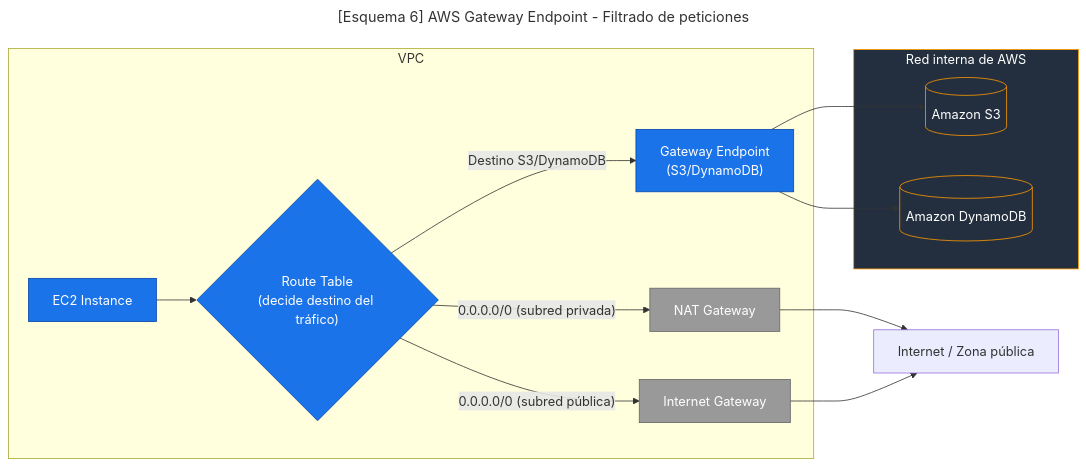
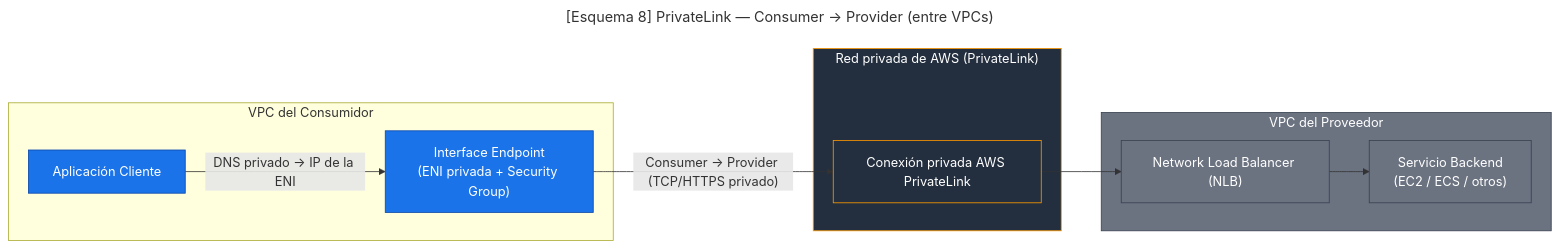
Before and after one commit to Marcos-SA-git/AWS-Certifications: the seventh of 7 diagrams in SAA-C03/es/3. VPC - Virtual Private Cloud.md, drawn with Mermaid. The commit also changed other lines of this file, not shown here.

Commit message:
Better structure for VPC Endpoints

````diff
--- a/SAA-C03/es/3. VPC - Virtual Private Cloud.md
+++ b/SAA-C03/es/3. VPC - Virtual Private Cloud.md
@@ -488,46 +568,40 @@
 ```mermaid
 ---
-title: "[Esquema 6] AWS Gateway Endpoint - Filtrado de peticiones"
+title: "[Esquema 8] PrivateLink — Consumer → Provider (entre VPCs)"
 ---
-
 flowchart LR
 
-    %% ===================== VPC =====================
-    subgraph VPC["VPC"]
-        EC2["EC2 Instance"]
-        RT{"Route Table<br/>(decide destino del tráfico)"}
-        GE["Gateway Endpoint<br/>(S3/DynamoDB)"]
-        NAT["NAT Gateway"]
-        IGW["Internet Gateway"]
-
-        EC2 --> RT
-        RT -->|"Destino S3/DynamoDB" | GE
+    %% =============== VPC del Consumidor ===============
+    subgraph Consumer["VPC del Consumidor"]
+        AppC["Aplicación Cliente"]
+        IE["Interface Endpoint<br/>(ENI privada + Security Group)"]
+        AppC -->|"DNS privado → IP de la ENI"| IE
     end
 
-    %% ======== Red interna de AWS =========
-    subgraph AWS_Network["Red interna de AWS"]
-        S3[(Amazon S3)]
-        DDB[(Amazon DynamoDB)]
-
-        GE --> S3
-        GE --> DDB
+    %% =============== Red interna de AWS ===============
+    subgraph AWS_Backbone["Red privada de AWS (PrivateLink)"]
+        Dummy[" "] 
+        style Dummy fill:none,stroke:none
+        PL["Conexión privada AWS PrivateLink"]
     end
 
-    %% ========== Internet ============
-    Internet["Internet / Zona pública"]
+    %% =============== VPC del Proveedor ================
+    subgraph Provider["VPC del Proveedor"]
+        NLB["Network Load Balancer (NLB)"]
+        SVC["Servicio Backend<br/>(EC2 / ECS / otros)"]
+        NLB --> SVC
+    end
 
-    %% ====== Derivaciones desde la Route Table =====
-    RT -->|"0.0.0.0/0 (subred privada)" | NAT
-    RT -->|"0.0.0.0/0 (subred pública)" | IGW
-    NAT --> Internet
-    IGW --> Internet
+    %% ================== Flujo =========================
+    IE -->|"Consumer → Provider (TCP/HTTPS privado)"| PL --> NLB
 
-    %% ================== Estilos ===================
+    %% ================== Estilos =======================
+    classDef consumer fill:#1a73e8,stroke:#0a47a9,color:#fff;
     classDef aws fill:#232f3e,stroke:#ff9900,stroke-width:1px,color:#fff;
-    classDef vpc fill:#1a73e8,stroke:#0a47a9,color:#fff;
-    classDef Internet fill:#999,stroke:#666,color:#fff;
+    classDef provider fill:#6b7280,stroke:#374151,color:#fff;
 
-    class EC2,RT,GE vpc;
-    class IGW,NAT Internet;
-    class S3,DDB,AWS_Network aws;
+    class AppC,IE consumer;
+    class PL,AWS_Backbone aws;
+    class NLB,SVC,Provider provider;
+
 ```
````
